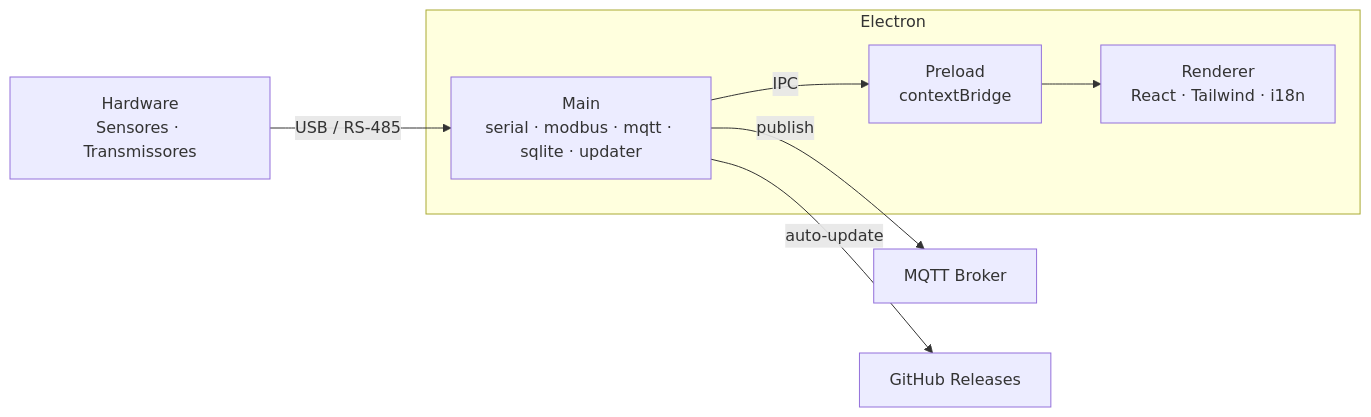
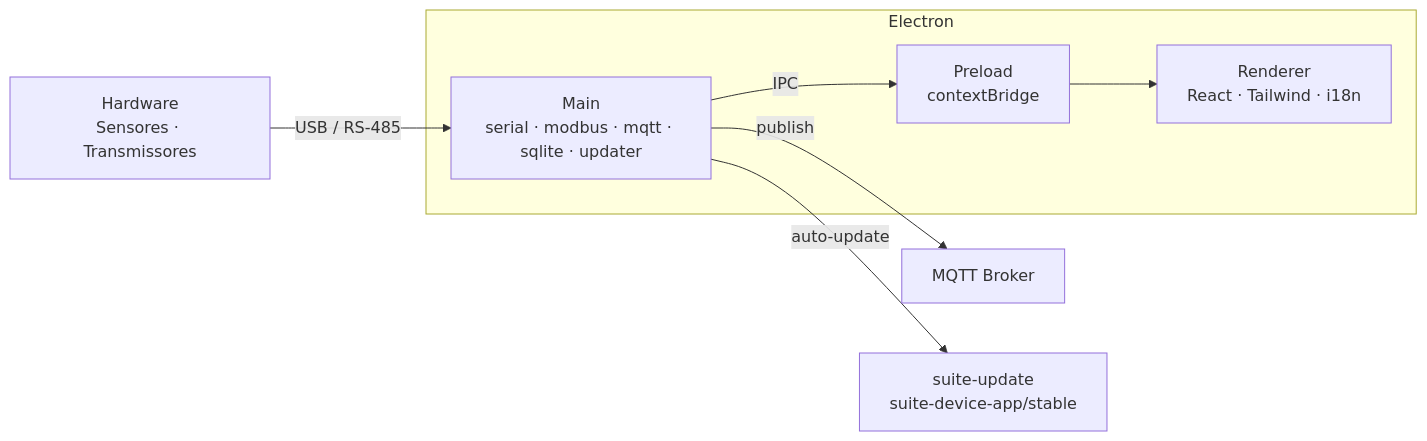
One commit to DhioneCastilhoBarbosa/suite-device-app changed the second of 2 diagrams in README.md. Above: the diagram before and after it, drawn with Mermaid. The commit also changed other lines of this file and 41 other files, not shown here.

First line of the commit message:
Prepare Suite Device 2.5.0 transition to the suite-update feed.

````diff
--- a/README.md
+++ b/README.md
@@ -143,18 +144,18 @@
 ```mermaid
 graph LR
     HW["Hardware<br/>Sensores · Transmissores"]
 
     subgraph Electron
         M["Main<br/>serial · modbus · mqtt · sqlite · updater"]
         P["Preload<br/>contextBridge"]
         R["Renderer<br/>React · Tailwind · i18n"]
     end
 
     CLOUD["MQTT Broker"]
-    GH["GitHub Releases"]
+    FEED["suite-update<br/>suite-device-app/stable"]
 
     HW -->|USB / RS-485| M
     M -->|IPC| P --> R
     M -->|publish| CLOUD
-    M -->|auto-update| GH
+    M -->|auto-update| FEED
 ```
````
